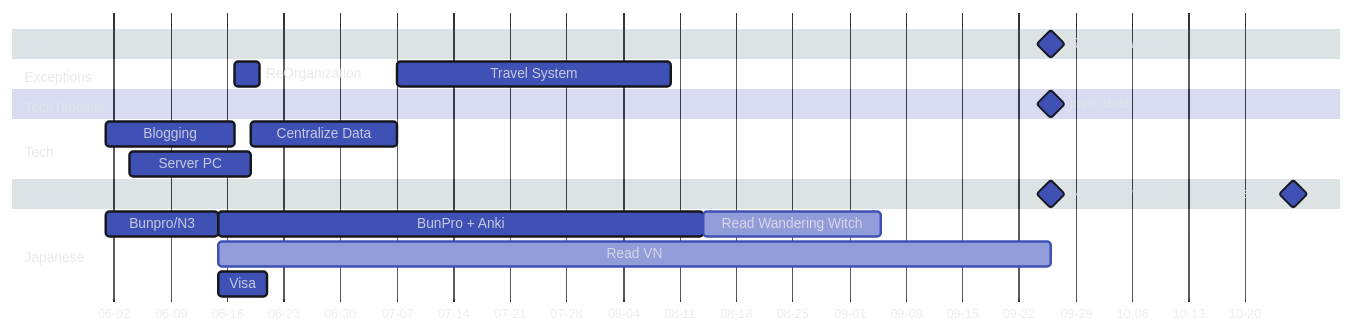
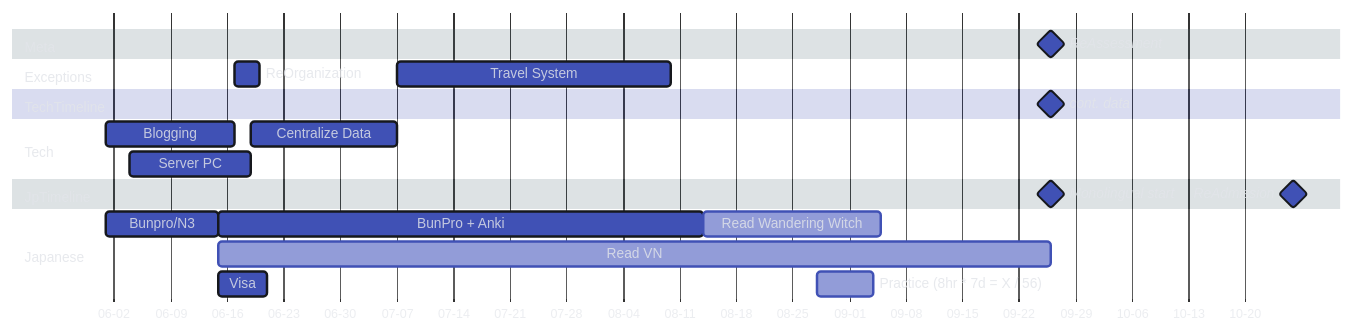
Before and after one commit to Serralq/Project-Norn: the first of 2 diagrams in docs/index.md, drawn with Mermaid.

Commit message:
Add daily practice goals

````diff
--- a/docs/index.md
+++ b/docs/index.md
@@ -34,47 +34,48 @@
     ``` mermaid
     ---
     displayMode: compact
     ---
     %%{
       init: {
         'theme': 'base',
         'themeVariables': {
           'darkMode': 'true',
           'fontFamily': 'hermit',
           'primaryColor': '#4051b5',
           'primaryBorderColor': '#16181D',
           'tertiaryColor': '#546d78',
           'tertiaryTextColor': '#E2E4E9D1',
           'textColor': '#E2E4E9D1',
           'noteTextColor': '#E2E4E9D1'
         }
       }
     }%%
     gantt
       dateFormat YY-MM-DD
       axisFormat %m-%d
       tickInterval 1week
       todayMarker stroke-width:3px,stroke:#E2E4E9,opacity:0.5
       section Meta
         ReAssessment              :milestone,  m1, 24-09-26, 0d
       section Exceptions
         ReOrganization            :            m3 , 24-06-17, 24-06-20
         Travel System             :            m4 , 24-07-07, 24-08-10
       section TechTimeline
         cont. data                    :milestone,  t4 , after m1, 0d
       section Tech
         Blogging                  :            t1 , 24-06-01, 24-06-17
         Server PC                 :            t2 , 24-06-04, 24-06-19
         Centralize Data           :            t3 , 24-06-19, 24-07-07
       section JpTimeline
         Monolingual start         :milestone,  j11, 24-09-26, 0d
         ReAdmission               :milestone,  j10, 24-10-26, 0d
       section Japanese
-        Bunpro/N3                 :            j1 , 24-06-01, 24-06-15
-        BunPro + Anki             :            j2 , after j1, 24-08-14
-        Read VN                   :active,     j3 , after j1, until m1
-        Visa                      :            j4 , 24-06-15, 24-06-21
-        Read Wandering Witch      :active,     j5 , 24-08-14, 24-09-05
+        Bunpro/N3                     :            j1 , 24-06-01, 24-06-15
+        BunPro + Anki                 :            j2 , after j1, 24-08-14
+        Read VN                       :active,     j3 , after j1, until m1
+        Visa                          :            j4 , 24-06-15, 24-06-21
+        Read Wandering Witch          :active,     j5 , 24-08-14, 24-09-05
+        Practice (8hr * 7d = X / 56)  :active,     j6 , 24-08-28, 24-09-04
         %% Futures
       section Stationaries
     ```
````
